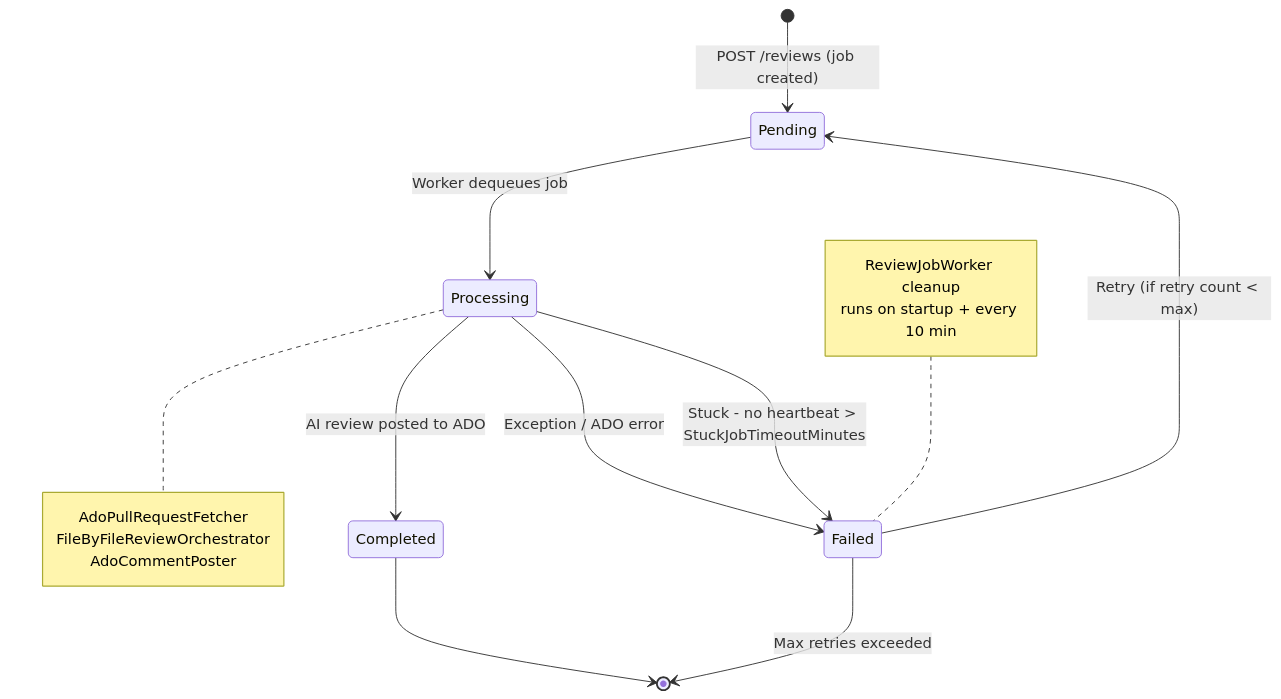
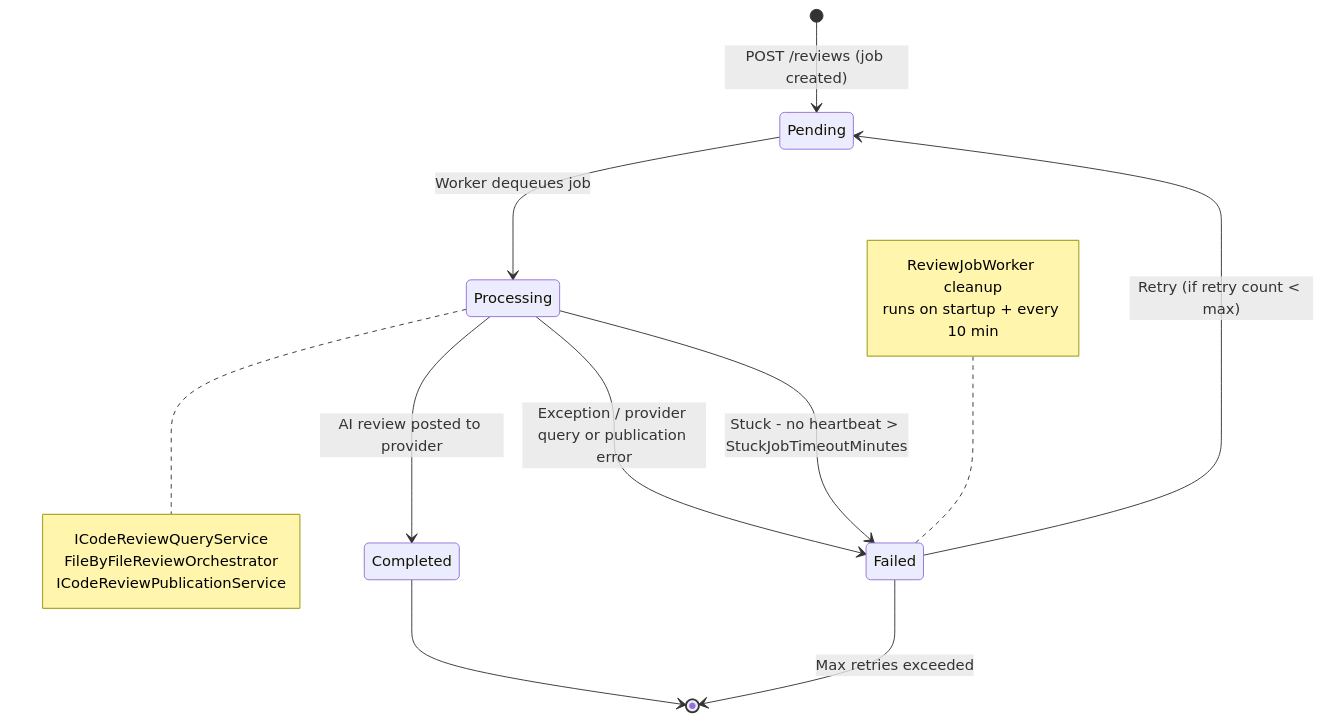
One commit to meister-dev-ai/propr changed the second of 3 diagrams in docs/architecture/reviewing-workflows.md. Above: the diagram before and after it, drawn with Mermaid. The commit also changed other lines of this file and 789 other files, not shown here.

````diff
--- a/docs/architecture/reviewing-workflows.md
+++ b/docs/architecture/reviewing-workflows.md
@@ -68,22 +78,22 @@
 ```mermaid
 stateDiagram-v2
     [*] --> Pending : POST /reviews (job created)
     Pending --> Processing : Worker dequeues job
-    Processing --> Completed : AI review posted to ADO
-    Processing --> Failed : Exception / ADO error
+    Processing --> Completed : AI review posted to provider
+    Processing --> Failed : Exception / provider query or publication error
     Failed --> Pending : Retry (if retry count < max)
     Processing --> Failed : Stuck - no heartbeat > StuckJobTimeoutMinutes
     Completed --> [*]
     Failed --> [*] : Max retries exceeded
 
     note right of Processing
-        AdoPullRequestFetcher
+        ICodeReviewQueryService
         FileByFileReviewOrchestrator
-        AdoCommentPoster
+        ICodeReviewPublicationService
     end note
 
     note left of Failed
         ReviewJobWorker cleanup
         runs on startup + every 10 min
     end note
 ```
````
